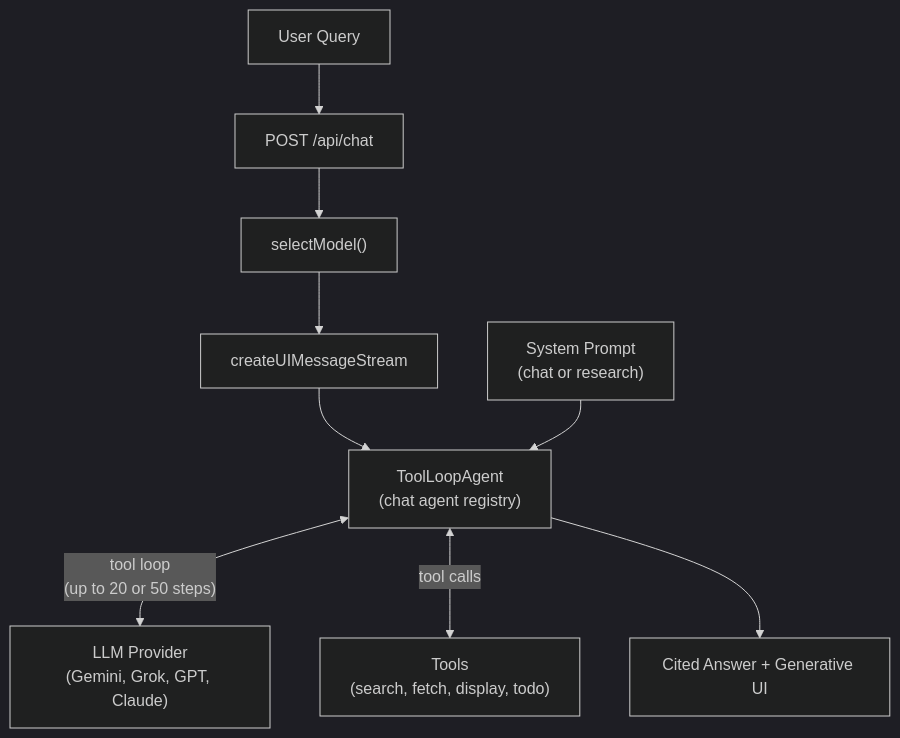
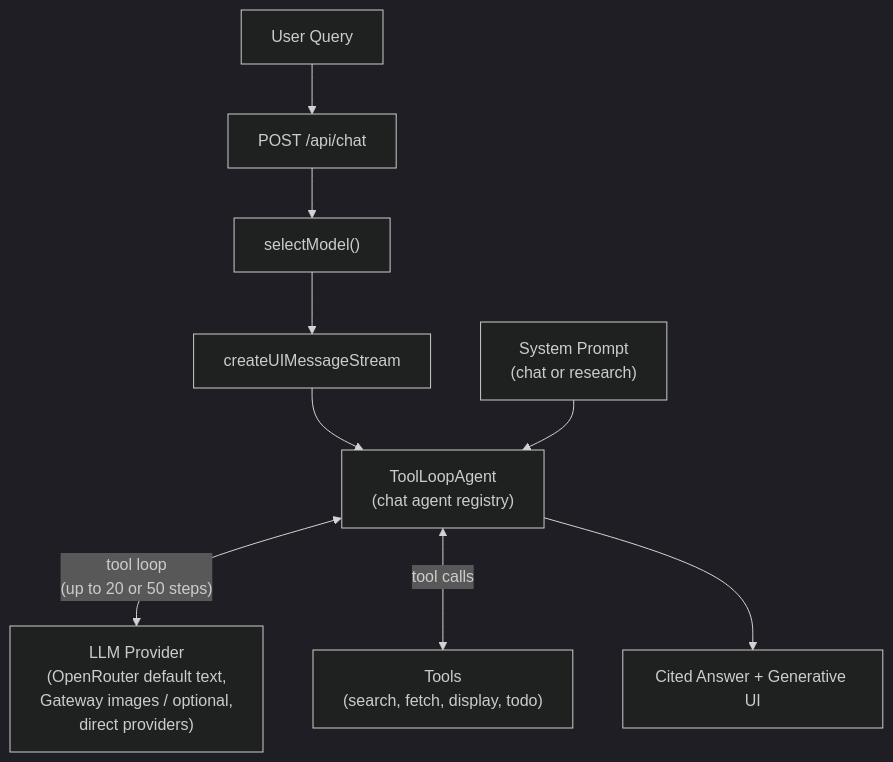
The first of 5 diagrams in docs/architecture/RESEARCH-AGENT.md (NickB03/polymorph), drawn with Mermaid (dark theme) before and after one commit. The commit also changed other lines of this file and 39 other files, not shown here.

Commit message:
docs: align docs with OpenRouter and polymorph domain

````diff
--- a/docs/architecture/RESEARCH-AGENT.md
+++ b/docs/architecture/RESEARCH-AGENT.md
@@ -31,18 +31,18 @@
 ```mermaid
 graph TD
     User["User Query"]
     Route["POST /api/chat"]
     Select["selectModel()"]
     Stream["createUIMessageStream"]
     Agent["ToolLoopAgent<br/>(chat agent registry)"]
     Prompt["System Prompt<br/>(chat or research)"]
     Tools["Tools<br/>(search, fetch, display, todo)"]
-    LLM["LLM Provider<br/>(Gemini, Grok, GPT, Claude)"]
+    LLM["LLM Provider<br/>(OpenRouter default text,<br/>Gateway images / optional,<br/>direct providers)"]
     Answer["Cited Answer + Generative UI"]
 
     User --> Route --> Select --> Stream --> Agent
     Prompt --> Agent
     Agent <-->|"tool loop<br/>(up to 20 or 50 steps)"| LLM
     Agent <-->|"tool calls"| Tools
     Agent --> Answer
 ```
````
